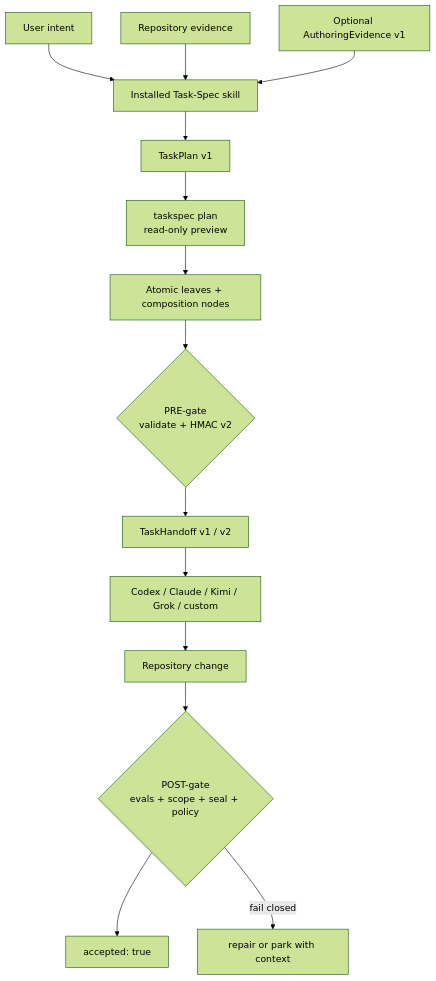
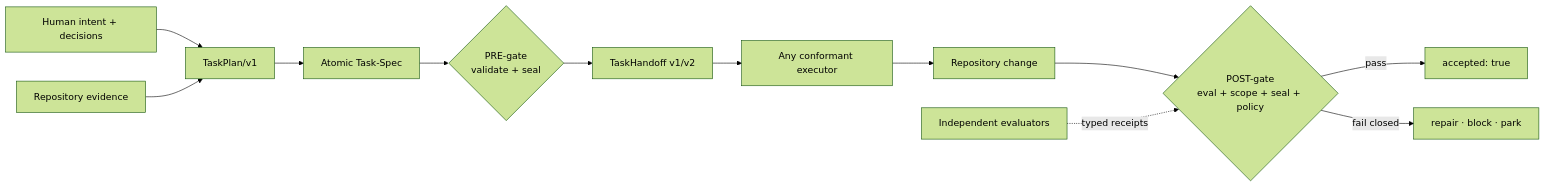
Before and after one commit to luanmorenommaciel/task-spec: the first of 2 diagrams in README.md, drawn with Mermaid (forest theme). The commit also changed other lines of this file and 20 other files, not shown here.

````diff
--- a/README.md
+++ b/README.md
@@ -235,16 +349,14 @@
 ```mermaid
-flowchart TB
-    Intent["User intent"] --> Skill["Installed Task-Spec skill"]
-    Repo["Repository evidence"] --> Skill
-    Research["Optional AuthoringEvidence v1"] --> Skill
-    Skill --> Plan["TaskPlan v1"]
-    Plan --> Preview["taskspec plan<br/>read-only preview"]
-    Preview --> Specs["Atomic leaves + composition nodes"]
-    Specs --> Pre{"PRE-gate<br/>validate + HMAC v2"}
-    Pre --> Handoff["TaskHandoff v1 / v2"]
-    Handoff --> Harness["Codex / Claude / Kimi / Grok / custom"]
-    Harness --> Change["Repository change"]
-    Change --> Post{"POST-gate<br/>evals + scope + seal + policy"}
-    Post --> Accepted["accepted: true"]
-    Post -->|fail closed| Repair["repair or park with context"]
+flowchart LR
+    Human["Human intent + decisions"] --> Plan["TaskPlan/v1"]
+    Repo["Repository evidence"] --> Plan
+    Plan --> Spec["Atomic Task-Spec"]
+    Spec --> Pre{"PRE-gate<br/>validate + seal"}
+    Pre --> Handoff["TaskHandoff v1/v2"]
+    Handoff --> Executor["Any conformant executor"]
+    Executor --> Change["Repository change"]
+    Change --> Post{"POST-gate<br/>eval + scope + seal + policy"}
+    Evaluators["Independent evaluators"] -. "typed receipts" .-> Post
+    Post -->|pass| Accepted["accepted: true"]
+    Post -->|fail closed| Repair["repair · block · park"]
 ```
````
